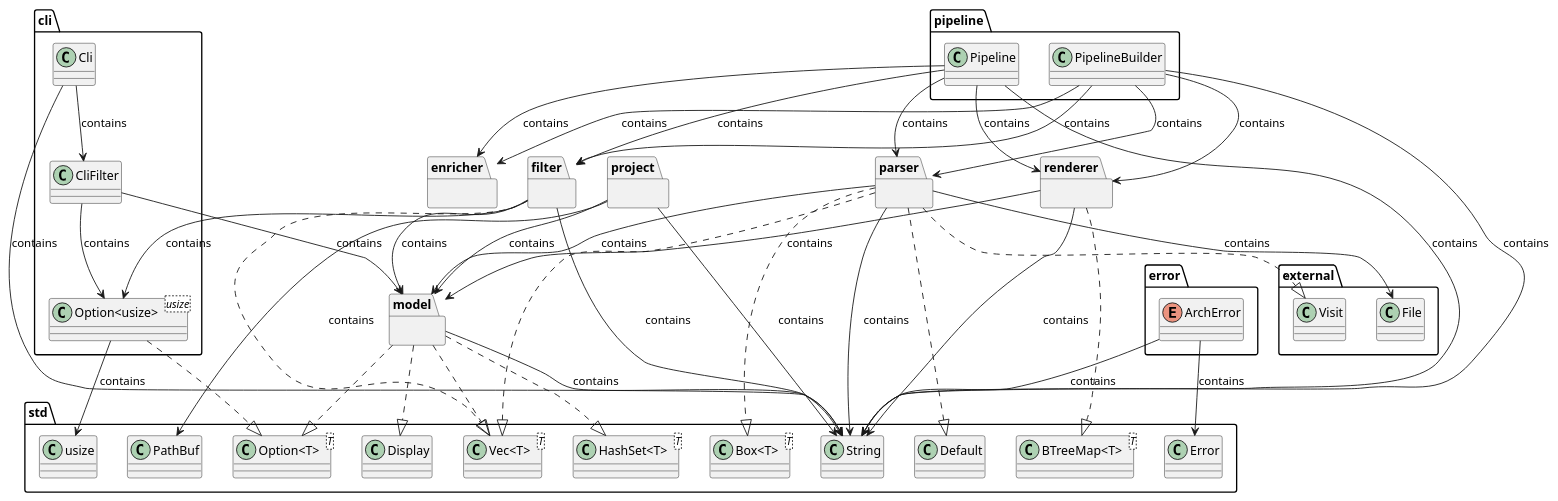
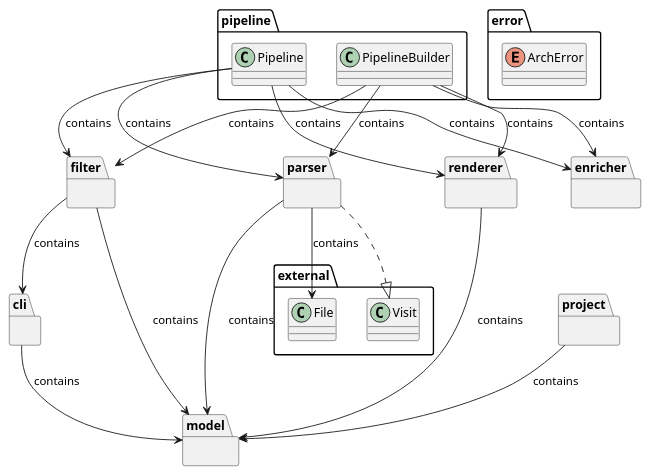
Before and after one commit to ch-r-k/archviz: the diagram in docs/diagrams/overview.puml, drawn with PlantUML. The commit also changed 21 other files, not shown here.

```diff
--- a/docs/diagrams/overview.puml
+++ b/docs/diagrams/overview.puml
@@ -1,97 +1,56 @@
 @startuml
+
+package cli {
+}
 
 package enricher {
 }
 
 package filter {
 }
 
 package model {
 }
 
 package parser {
 }
 
 package project {
 }
 
 package renderer {
 }
 
-package "cli" {
-class "Cli" as cli__Cli
-class "CliFilter" as cli__CliFilter
-class "Option<usize>" <usize>
-}
-
 package "error" {
 enum "ArchError" as error__ArchError
 }
 
 package "external" {
 class File
 class Visit
 }
 
 package "pipeline" {
 class "Pipeline" as pipeline__Pipeline
 class "PipelineBuilder" as pipeline__PipelineBuilder
 }
 
-package "std" {
-class "Option<T>" <T>
-class "Vec<T>" <T>
-class "HashSet<T>" <T>
-class "BTreeMap<T>" <T>
-class "Box<T>" <T>
-class String
-class Display
-class usize
-class Default
-class PathBuf
-class Error
-}
 
-
-pipeline__Pipeline --> String : contains
 pipeline__Pipeline --> parser : contains
 pipeline__Pipeline --> enricher : contains
 pipeline__Pipeline --> filter : contains
 pipeline__Pipeline --> renderer : contains
-pipeline__PipelineBuilder --> String : contains
 pipeline__PipelineBuilder --> parser : contains
 pipeline__PipelineBuilder --> enricher : contains
 pipeline__PipelineBuilder --> filter : contains
 pipeline__PipelineBuilder --> renderer : contains
-model --> String : contains
-model ..|> Display
-model ..|> "Option<T>"
-model ..|> "Vec<T>"
-model ..|> "HashSet<T>"
-cli__Cli --> String : contains
-cli__Cli --> cli__CliFilter : contains
-cli__CliFilter --> model : contains
-cli__CliFilter --> "Option<usize>" : contains
-"Option<usize>" ..|> "Option<T>"
-"Option<usize>" --> usize : contains
-renderer ..|> "BTreeMap<T>"
-renderer --> String : contains
+cli --> model : contains
 renderer --> model : contains
-filter ..|> "Vec<T>"
-filter --> "Option<usize>" : contains
-filter --> String : contains
+filter --> cli : contains
 filter --> model : contains
 parser --> model : contains
 parser --> File : contains
-parser ..|> Default
 parser ..|> Visit
-parser --> String : contains
-parser ..|> "Vec<T>"
-parser ..|> "Box<T>"
-project --> PathBuf : contains
 project --> model : contains
-project --> String : contains
-error__ArchError --> Error : contains
-error__ArchError --> String : contains
 
 @enduml
```
